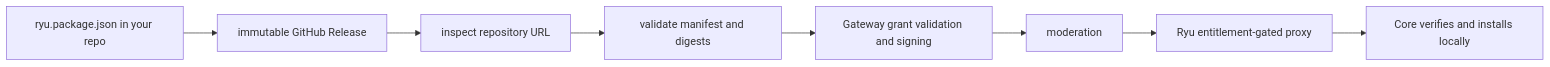
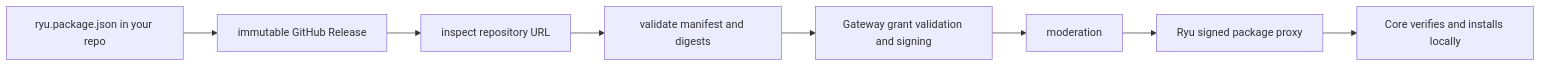
Before and after one commit to amajorai/ryu-docs: the first of 2 diagrams in content/docs/extend/develop/extensions/marketplace.mdx, drawn with Mermaid. The commit also changed other lines of this file and 446 other files, not shown here.

````diff
--- a/content/docs/extend/develop/extensions/marketplace.mdx
+++ b/content/docs/extend/develop/extensions/marketplace.mdx
@@ -34,10 +54,10 @@
 ```mermaid
 flowchart LR
   A[ryu.package.json in your repo] --> B[immutable GitHub Release]
   B --> C[inspect repository URL]
   C --> D[validate manifest and digests]
   D --> E[Gateway grant validation and signing]
   E --> F[moderation]
-  F --> G[Ryu entitlement-gated proxy]
+  F --> G[Ryu signed package proxy]
   G --> H[Core verifies and installs locally]
 ```
````
